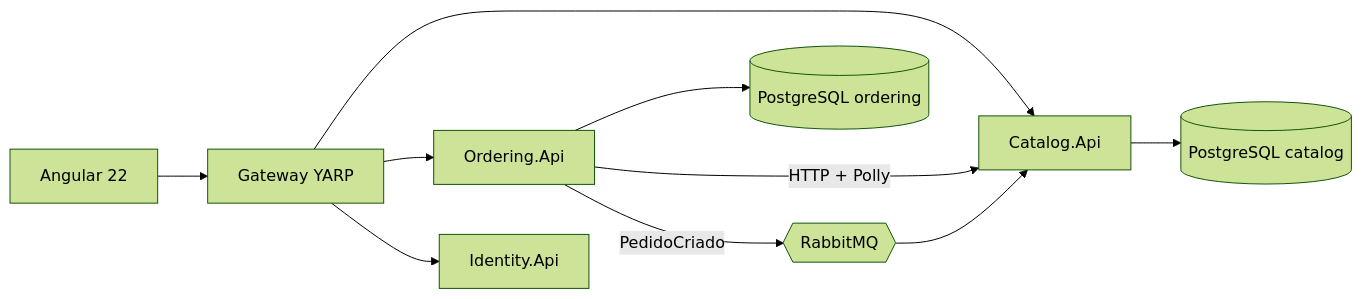
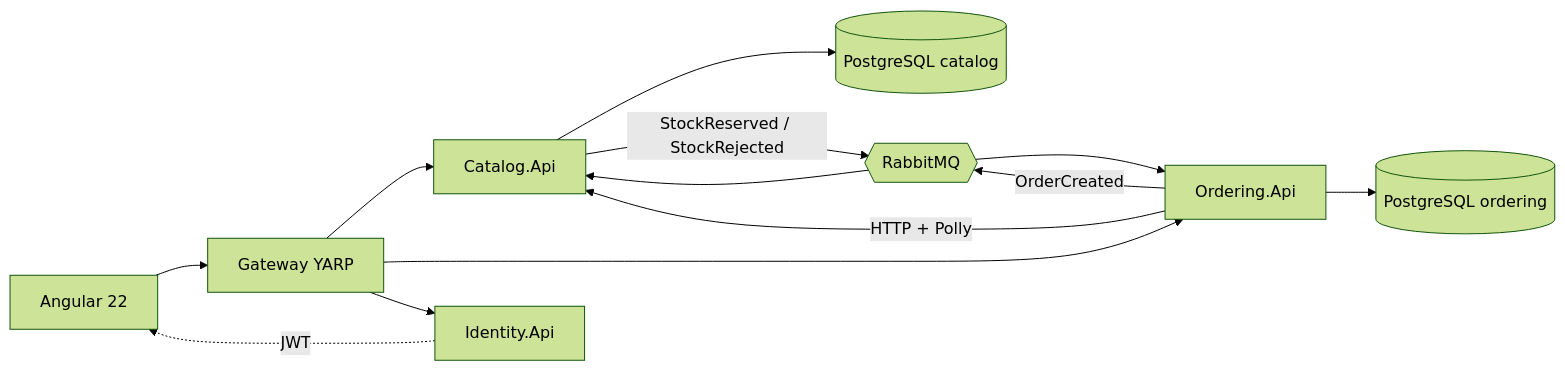
The diagram in README.md (renatosilva1983/store-microservices), drawn with Mermaid (forest theme) before and after one commit. The commit also changed other lines of this file and 2 other files, not shown here.

````diff
--- a/README.md
+++ b/README.md
@@ -8,12 +16,15 @@
 ```mermaid
 flowchart LR
     W[Angular 22] --> G[Gateway YARP]
     G --> C[Catalog.Api]
     G --> O[Ordering.Api]
     G --> I[Identity.Api]
     C --> CDB[(PostgreSQL catalog)]
     O --> ODB[(PostgreSQL ordering)]
     O -- HTTP + Polly --> C
-    O -- PedidoCriado --> R{{RabbitMQ}}
+    I -. JWT .-> W
+    O -- OrderCreated --> R{{RabbitMQ}}
     R --> C
+    C -- StockReserved / StockRejected --> R
+    R --> O
 ```
````
